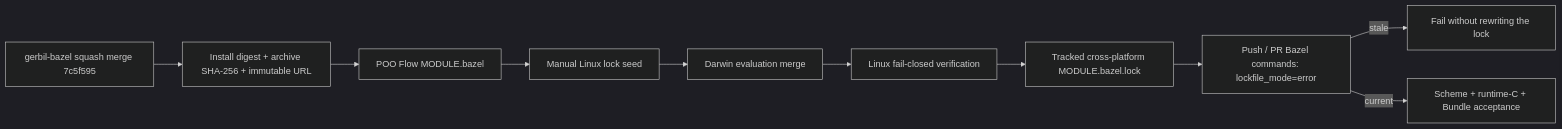
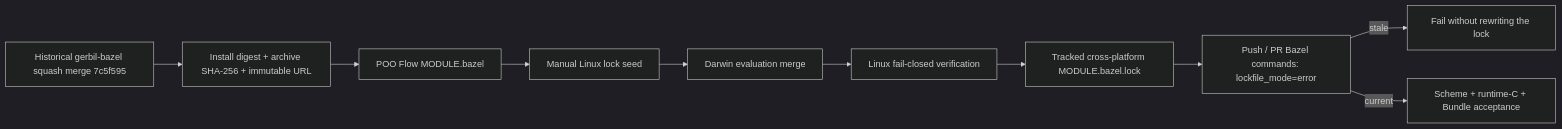
Diagram 12 of 13 in docs/10-19-design/10.06-poo-module-system/147-adaptive-scheme-build-guard.org (tao3k/poo-flow), drawn with Mermaid (dark theme) before and after one commit. The commit also changed other lines of this file and 51 other files, not shown here.

```diff
--- a/docs/10-19-design/10.06-poo-module-system/147-adaptive-scheme-build-guard.org
+++ b/docs/10-19-design/10.06-poo-module-system/147-adaptive-scheme-build-guard.org
@@ -1319,12 +1346,12 @@
 #+begin_src mermaid
 flowchart LR
-  Merge["gerbil-bazel squash merge 7c5f595"] --> Tuple["Install digest + archive SHA-256 + immutable URL"]
+  Merge["Historical gerbil-bazel squash merge 7c5f595"] --> Tuple["Install digest + archive SHA-256 + immutable URL"]
   Tuple --> Module["POO Flow MODULE.bazel"]
   Module --> Seed["Manual Linux lock seed"]
   Seed --> Darwin["Darwin evaluation merge"]
   Darwin --> Verify["Linux fail-closed verification"]
   Verify --> Lock["Tracked cross-platform MODULE.bazel.lock"]
   Lock --> Normal["Push / PR Bazel commands: lockfile_mode=error"]
   Normal -->|"stale"| Block["Fail without rewriting the lock"]
   Normal -->|"current"| Gates["Scheme + runtime-C + Bundle acceptance"]
 #+end_src
```
